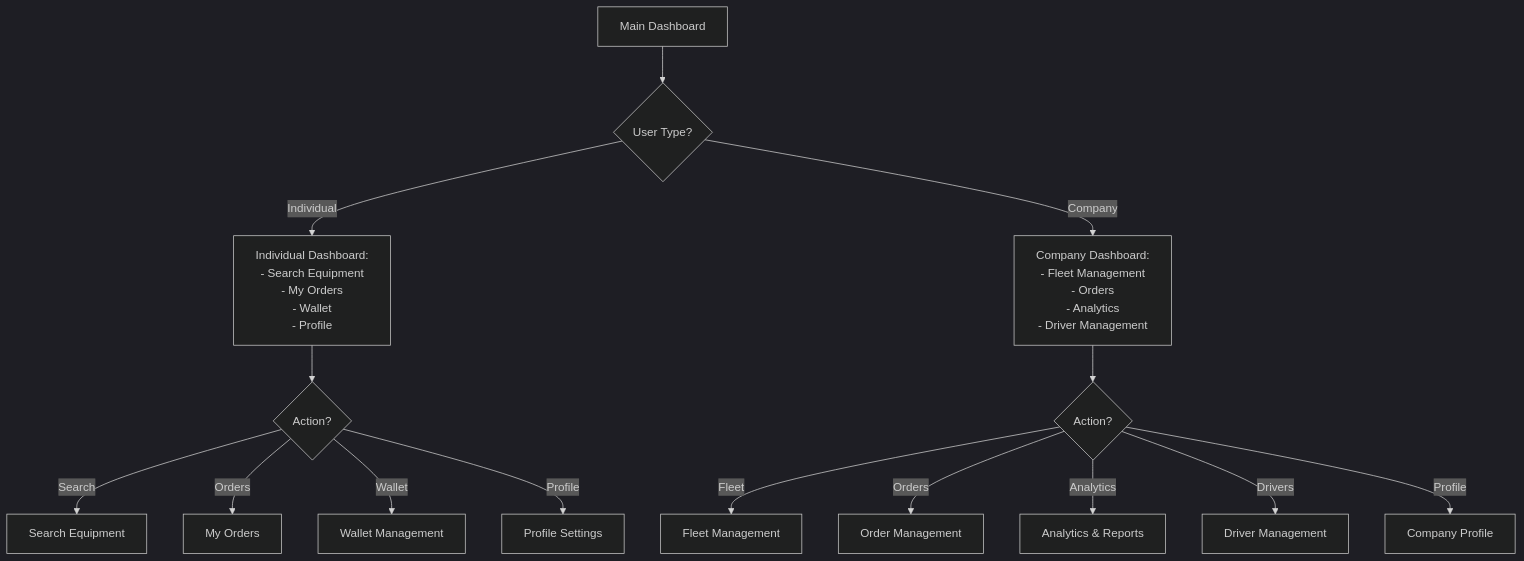
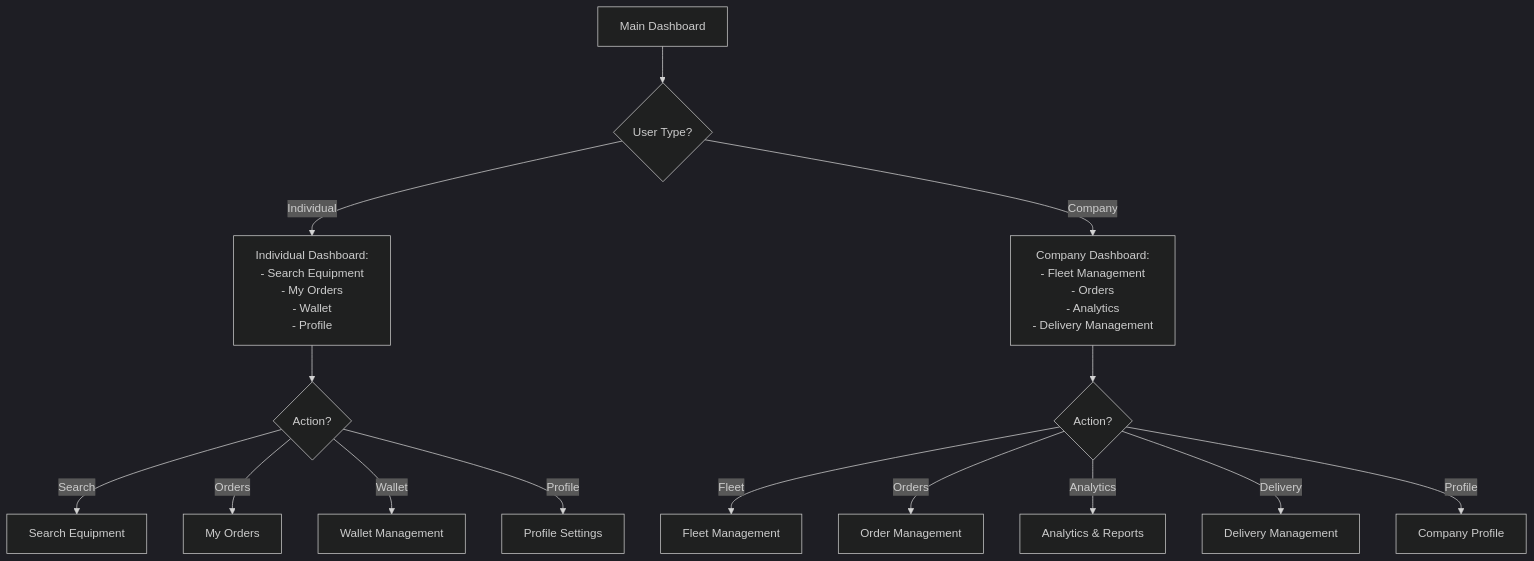
The second of 15 diagrams in 04_User_Experience_Flows.md (engaotb/YARDR), drawn with Mermaid (dark theme) before and after one commit. The commit also changed other lines of this file, not shown here.

First line of the commit message:
Simplify Driver system to text-based delivery management

````diff
--- a/04_User_Experience_Flows.md
+++ b/04_User_Experience_Flows.md
@@ -94,21 +94,21 @@
 ```mermaid
 flowchart TD
     Dashboard[Main Dashboard] --> UserType{User Type?}
     
     UserType -->|Individual| IndividualDashboard[Individual Dashboard:<br/>- Search Equipment<br/>- My Orders<br/>- Wallet<br/>- Profile]
     
-    UserType -->|Company| CompanyDashboard[Company Dashboard:<br/>- Fleet Management<br/>- Orders<br/>- Analytics<br/>- Driver Management]
+    UserType -->|Company| CompanyDashboard[Company Dashboard:<br/>- Fleet Management<br/>- Orders<br/>- Analytics<br/>- Delivery Management]
     
     IndividualDashboard --> IndividualAction{Action?}
     IndividualAction -->|Search| EquipmentSearch[Search Equipment]
     IndividualAction -->|Orders| MyOrders[My Orders]
     IndividualAction -->|Wallet| Wallet[Wallet Management]
     IndividualAction -->|Profile| Profile[Profile Settings]
     
     CompanyDashboard --> CompanyAction{Action?}
     CompanyAction -->|Fleet| FleetManagement[Fleet Management]
     CompanyAction -->|Orders| OrderManagement[Order Management]
     CompanyAction -->|Analytics| Analytics[Analytics & Reports]
-    CompanyAction -->|Drivers| DriverManagement[Driver Management]
+    CompanyAction -->|Delivery| DeliveryManagement[Delivery Management]
     CompanyAction -->|Profile| CompanyProfile[Company Profile]
 ```
````
